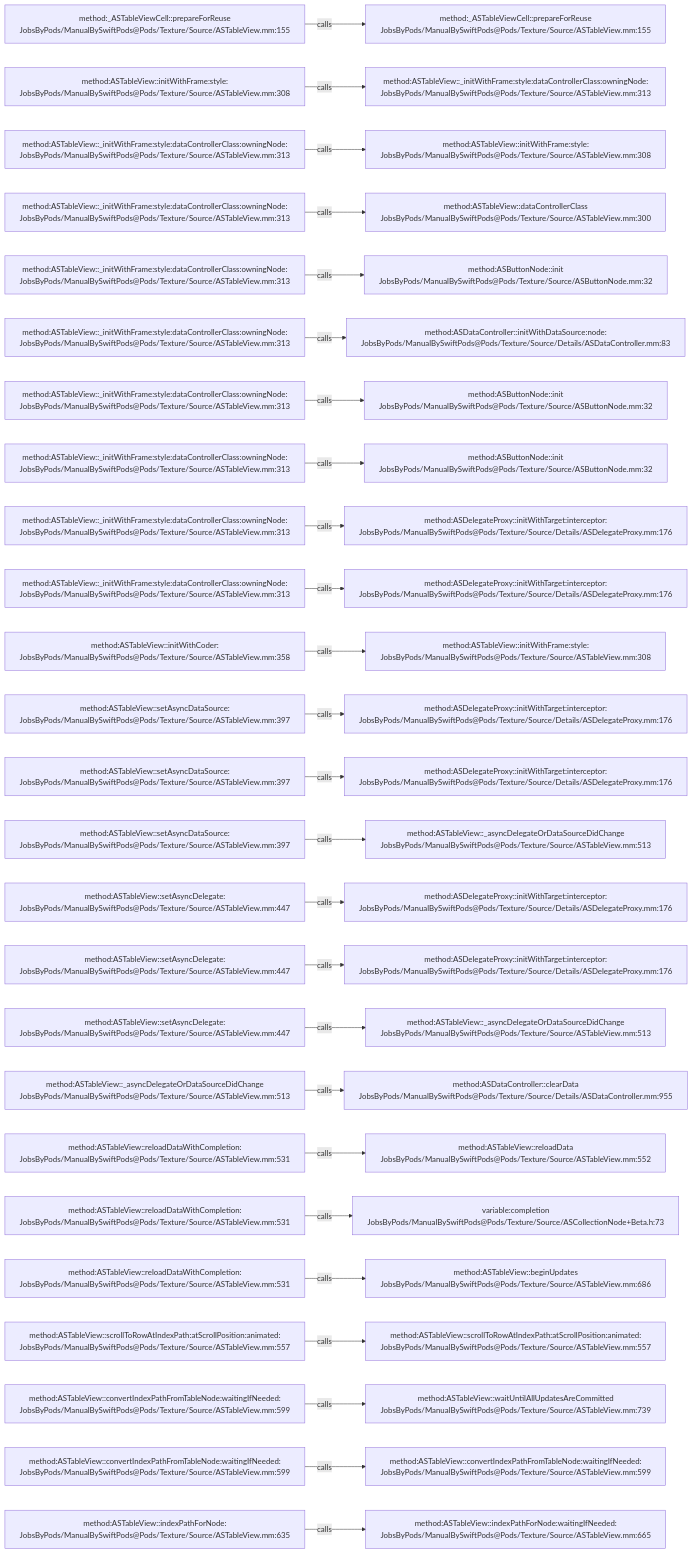
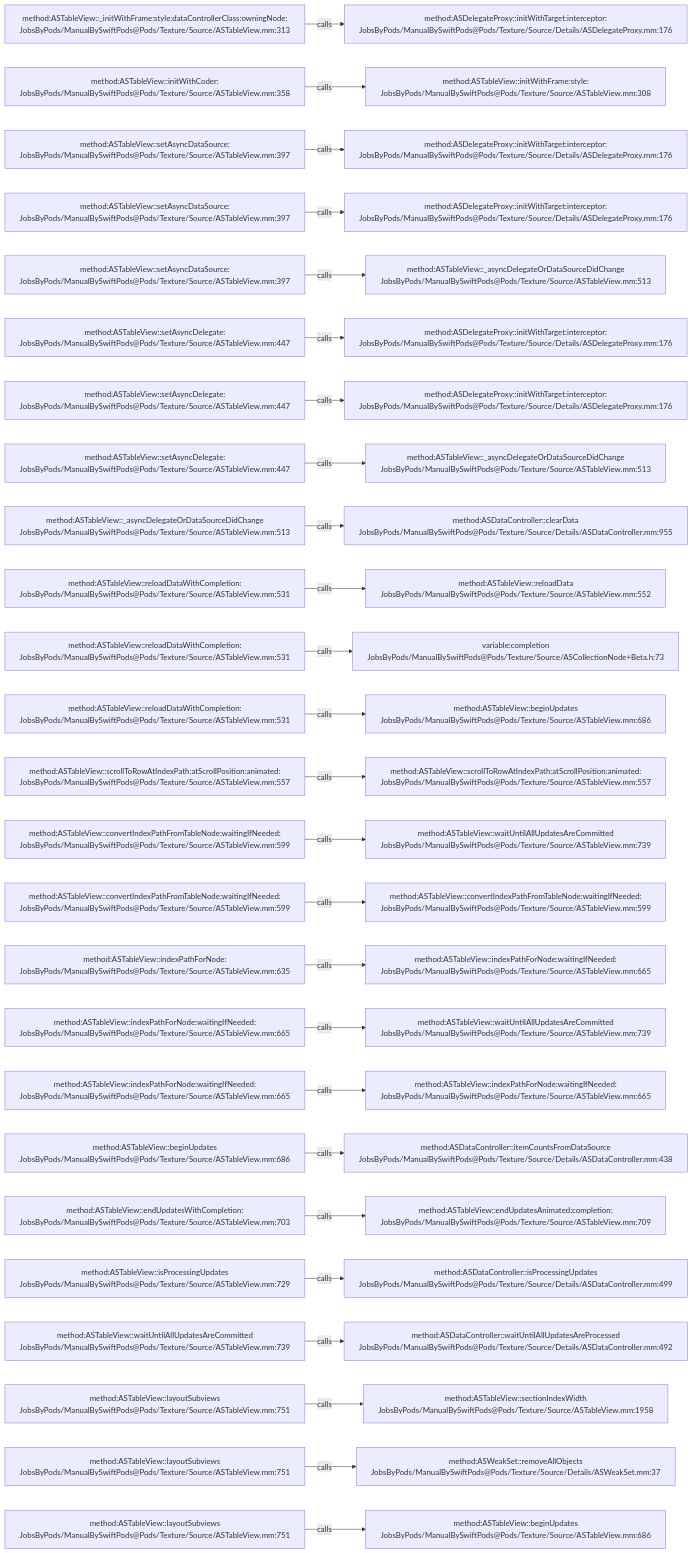
One commit to JobsKits/JobsSwiftBaseConfigDemo changed the diagram in .codegraph/codegraph.md/graphs/calls-059.md. Above: the diagram before and after it, drawn with Mermaid. The commit also changed 707 other files, not shown here.

````diff
--- a/.codegraph/codegraph.md/graphs/calls-059.md
+++ b/.codegraph/codegraph.md/graphs/calls-059.md
@@ -13,78 +13,78 @@
 ```mermaid
 flowchart LR
-  S1["method:_ASTableViewCell::prepareForReuse<br/>JobsByPods/ManualBySwiftPods@Pods/Texture/Source/ASTableView.mm:155"]
-  T1["method:_ASTableViewCell::prepareForReuse<br/>JobsByPods/ManualBySwiftPods@Pods/Texture/Source/ASTableView.mm:155"]
+  S1["method:ASTableView::_initWithFrame:style:dataControllerClass:owningNode:<br/>JobsByPods/ManualBySwiftPods@Pods/Texture/Source/ASTableView.mm:313"]
+  T1["method:ASDelegateProxy::initWithTarget:interceptor:<br/>JobsByPods/ManualBySwiftPods@Pods/Texture/Source/Details/ASDelegateProxy.mm:176"]
   S1 -->|calls| T1
-  S2["method:ASTableView::initWithFrame:style:<br/>JobsByPods/ManualBySwiftPods@Pods/Texture/Source/ASTableView.mm:308"]
-  T2["method:ASTableView::_initWithFrame:style:dataControllerClass:owningNode:<br/>JobsByPods/ManualBySwiftPods@Pods/Texture/Source/ASTableView.mm:313"]
+  S2["method:ASTableView::initWithCoder:<br/>JobsByPods/ManualBySwiftPods@Pods/Texture/Source/ASTableView.mm:358"]
+  T2["method:ASTableView::initWithFrame:style:<br/>JobsByPods/ManualBySwiftPods@Pods/Texture/Source/ASTableView.mm:308"]
   S2 -->|calls| T2
-  S3["method:ASTableView::_initWithFrame:style:dataControllerClass:owningNode:<br/>JobsByPods/ManualBySwiftPods@Pods/Texture/Source/ASTableView.mm:313"]
-  T3["method:ASTableView::initWithFrame:style:<br/>JobsByPods/ManualBySwiftPods@Pods/Texture/Source/ASTableView.mm:308"]
+  S3["method:ASTableView::setAsyncDataSource:<br/>JobsByPods/ManualBySwiftPods@Pods/Texture/Source/ASTableView.mm:397"]
+  T3["method:ASDelegateProxy::initWithTarget:interceptor:<br/>JobsByPods/ManualBySwiftPods@Pods/Texture/Source/Details/ASDelegateProxy.mm:176"]
   S3 -->|calls| T3
-  S4["method:ASTableView::_initWithFrame:style:dataControllerClass:owningNode:<br/>JobsByPods/ManualBySwiftPods@Pods/Texture/Source/ASTableView.mm:313"]
-  T4["method:ASTableView::dataControllerClass<br/>JobsByPods/ManualBySwiftPods@Pods/Texture/Source/ASTableView.mm:300"]
+  S4["method:ASTableView::setAsyncDataSource:<br/>JobsByPods/ManualBySwiftPods@Pods/Texture/Source/ASTableView.mm:397"]
+  T4["method:ASDelegateProxy::initWithTarget:interceptor:<br/>JobsByPods/ManualBySwiftPods@Pods/Texture/Source/Details/ASDelegateProxy.mm:176"]
   S4 -->|calls| T4
-  S5["method:ASTableView::_initWithFrame:style:dataControllerClass:owningNode:<br/>JobsByPods/ManualBySwiftPods@Pods/Texture/Source/ASTableView.mm:313"]
-  T5["method:ASButtonNode::init<br/>JobsByPods/ManualBySwiftPods@Pods/Texture/Source/ASButtonNode.mm:32"]
+  S5["method:ASTableView::setAsyncDataSource:<br/>JobsByPods/ManualBySwiftPods@Pods/Texture/Source/ASTableView.mm:397"]
+  T5["method:ASTableView::_asyncDelegateOrDataSourceDidChange<br/>JobsByPods/ManualBySwiftPods@Pods/Texture/Source/ASTableView.mm:513"]
   S5 -->|calls| T5
-  S6["method:ASTableView::_initWithFrame:style:dataControllerClass:owningNode:<br/>JobsByPods/ManualBySwiftPods@Pods/Texture/Source/ASTableView.mm:313"]
-  T6["method:ASDataController::initWithDataSource:node:<br/>JobsByPods/ManualBySwiftPods@Pods/Texture/Source/Details/ASDataController.mm:83"]
+  S6["method:ASTableView::setAsyncDelegate:<br/>JobsByPods/ManualBySwiftPods@Pods/Texture/Source/ASTableView.mm:447"]
+  T6["method:ASDelegateProxy::initWithTarget:interceptor:<br/>JobsByPods/ManualBySwiftPods@Pods/Texture/Source/Details/ASDelegateProxy.mm:176"]
   S6 -->|calls| T6
-  S7["method:ASTableView::_initWithFrame:style:dataControllerClass:owningNode:<br/>JobsByPods/ManualBySwiftPods@Pods/Texture/Source/ASTableView.mm:313"]
-  T7["method:ASButtonNode::init<br/>JobsByPods/ManualBySwiftPods@Pods/Texture/Source/ASButtonNode.mm:32"]
+  S7["method:ASTableView::setAsyncDelegate:<br/>JobsByPods/ManualBySwiftPods@Pods/Texture/Source/ASTableView.mm:447"]
+  T7["method:ASDelegateProxy::initWithTarget:interceptor:<br/>JobsByPods/ManualBySwiftPods@Pods/Texture/Source/Details/ASDelegateProxy.mm:176"]
   S7 -->|calls| T7
-  S8["method:ASTableView::_initWithFrame:style:dataControllerClass:owningNode:<br/>JobsByPods/ManualBySwiftPods@Pods/Texture/Source/ASTableView.mm:313"]
-  T8["method:ASButtonNode::init<br/>JobsByPods/ManualBySwiftPods@Pods/Texture/Source/ASButtonNode.mm:32"]
+  S8["method:ASTableView::setAsyncDelegate:<br/>JobsByPods/ManualBySwiftPods@Pods/Texture/Source/ASTableView.mm:447"]
+  T8["method:ASTableView::_asyncDelegateOrDataSourceDidChange<br/>JobsByPods/ManualBySwiftPods@Pods/Texture/Source/ASTableView.mm:513"]
   S8 -->|calls| T8
-  S9["method:ASTableView::_initWithFrame:style:dataControllerClass:owningNode:<br/>JobsByPods/ManualBySwiftPods@Pods/Texture/Source/ASTableView.mm:313"]
-  T9["method:ASDelegateProxy::initWithTarget:interceptor:<br/>JobsByPods/ManualBySwiftPods@Pods/Texture/Source/Details/ASDelegateProxy.mm:176"]
+  S9["method:ASTableView::_asyncDelegateOrDataSourceDidChange<br/>JobsByPods/ManualBySwiftPods@Pods/Texture/Source/ASTableView.mm:513"]
+  T9["method:ASDataController::clearData<br/>JobsByPods/ManualBySwiftPods@Pods/Texture/Source/Details/ASDataController.mm:955"]
   S9 -->|calls| T9
-  S10["method:ASTableView::_initWithFrame:style:dataControllerClass:owningNode:<br/>JobsByPods/ManualBySwiftPods@Pods/Texture/Source/ASTableView.mm:313"]
-  T10["method:ASDelegateProxy::initWithTarget:interceptor:<br/>JobsByPods/ManualBySwiftPods@Pods/Texture/Source/Details/ASDelegateProxy.mm:176"]
+  S10["method:ASTableView::reloadDataWithCompletion:<br/>JobsByPods/ManualBySwiftPods@Pods/Texture/Source/ASTableView.mm:531"]
+  T10["method:ASTableView::reloadData<br/>JobsByPods/ManualBySwiftPods@Pods/Texture/Source/ASTableView.mm:552"]
   S10 -->|calls| T10
-  S11["method:ASTableView::initWithCoder:<br/>JobsByPods/ManualBySwiftPods@Pods/Texture/Source/ASTableView.mm:358"]
-  T11["method:ASTableView::initWithFrame:style:<br/>JobsByPods/ManualBySwiftPods@Pods/Texture/Source/ASTableView.mm:308"]
+  S11["method:ASTableView::reloadDataWithCompletion:<br/>JobsByPods/ManualBySwiftPods@Pods/Texture/Source/ASTableView.mm:531"]
+  T11["variable:completion<br/>JobsByPods/ManualBySwiftPods@Pods/Texture/Source/ASCollectionNode+Beta.h:73"]
   S11 -->|calls| T11
-  S12["method:ASTableView::setAsyncDataSource:<br/>JobsByPods/ManualBySwiftPods@Pods/Texture/Source/ASTableView.mm:397"]
-  T12["method:ASDelegateProxy::initWithTarget:interceptor:<br/>JobsByPods/ManualBySwiftPods@Pods/Texture/Source/Details/ASDelegateProxy.mm:176"]
+  S12["method:ASTableView::reloadDataWithCompletion:<br/>JobsByPods/ManualBySwiftPods@Pods/Texture/Source/ASTableView.mm:531"]
+  T12["method:ASTableView::beginUpdates<br/>JobsByPods/ManualBySwiftPods@Pods/Texture/Source/ASTableView.mm:686"]
   S12 -->|calls| T12
-  S13["method:ASTableView::setAsyncDataSource:<br/>JobsByPods/ManualBySwiftPods@Pods/Texture/Source/ASTableView.mm:397"]
-  T13["method:ASDelegateProxy::initWithTarget:interceptor:<br/>JobsByPods/ManualBySwiftPods@Pods/Texture/Source/Details/ASDelegateProxy.mm:176"]
+  S13["method:ASTableView::scrollToRowAtIndexPath:atScrollPosition:animated:<br/>JobsByPods/ManualBySwiftPods@Pods/Texture/Source/ASTableView.mm:557"]
+  T13["method:ASTableView::scrollToRowAtIndexPath:atScrollPosition:animated:<br/>JobsByPods/ManualBySwiftPods@Pods/Texture/Source/ASTableView.mm:557"]
   S13 -->|calls| T13
-  S14["method:ASTableView::setAsyncDataSource:<br/>JobsByPods/ManualBySwiftPods@Pods/Texture/Source/ASTableView.mm:397"]
-  T14["method:ASTableView::_asyncDelegateOrDataSourceDidChange<br/>JobsByPods/ManualBySwiftPods@Pods/Texture/Source/ASTableView.mm:513"]
+  S14["method:ASTableView::convertIndexPathFromTableNode:waitingIfNeeded:<br/>JobsByPods/ManualBySwiftPods@Pods/Texture/Source/ASTableView.mm:599"]
+  T14["method:ASTableView::waitUntilAllUpdatesAreCommitted<br/>JobsByPods/ManualBySwiftPods@Pods/Texture/Source/ASTableView.mm:739"]
   S14 -->|calls| T14
-  S15["method:ASTableView::setAsyncDelegate:<br/>JobsByPods/ManualBySwiftPods@Pods/Texture/Source/ASTableView.mm:447"]
-  T15["method:ASDelegateProxy::initWithTarget:interceptor:<br/>JobsByPods/ManualBySwiftPods@Pods/Texture/Source/Details/ASDelegateProxy.mm:176"]
+  S15["method:ASTableView::convertIndexPathFromTableNode:waitingIfNeeded:<br/>JobsByPods/ManualBySwiftPods@Pods/Texture/Source/ASTableView.mm:599"]
+  T15["method:ASTableView::convertIndexPathFromTableNode:waitingIfNeeded:<br/>JobsByPods/ManualBySwiftPods@Pods/Texture/Source/ASTableView.mm:599"]
   S15 -->|calls| T15
-  S16["method:ASTableView::setAsyncDelegate:<br/>JobsByPods/ManualBySwiftPods@Pods/Texture/Source/ASTableView.mm:447"]
-  T16["method:ASDelegateProxy::initWithTarget:interceptor:<br/>JobsByPods/ManualBySwiftPods@Pods/Texture/Source/Details/ASDelegateProxy.mm:176"]
+  S16["method:ASTableView::indexPathForNode:<br/>JobsByPods/ManualBySwiftPods@Pods/Texture/Source/ASTableView.mm:635"]
+  T16["method:ASTableView::indexPathForNode:waitingIfNeeded:<br/>JobsByPods/ManualBySwiftPods@Pods/Texture/Source/ASTableView.mm:665"]
   S16 -->|calls| T16
-  S17["method:ASTableView::setAsyncDelegate:<br/>JobsByPods/ManualBySwiftPods@Pods/Texture/Source/ASTableView.mm:447"]
-  T17["method:ASTableView::_asyncDelegateOrDataSourceDidChange<br/>JobsByPods/ManualBySwiftPods@Pods/Texture/Source/ASTableView.mm:513"]
+  S17["method:ASTableView::indexPathForNode:waitingIfNeeded:<br/>JobsByPods/ManualBySwiftPods@Pods/Texture/Source/ASTableView.mm:665"]
+  T17["method:ASTableView::waitUntilAllUpdatesAreCommitted<br/>JobsByPods/ManualBySwiftPods@Pods/Texture/Source/ASTableView.mm:739"]
   S17 -->|calls| T17
-  S18["method:ASTableView::_asyncDelegateOrDataSourceDidChange<br/>JobsByPods/ManualBySwiftPods@Pods/Texture/Source/ASTableView.mm:513"]
-  T18["method:ASDataController::clearData<br/>JobsByPods/ManualBySwiftPods@Pods/Texture/Source/Details/ASDataController.mm:955"]
+  S18["method:ASTableView::indexPathForNode:waitingIfNeeded:<br/>JobsByPods/ManualBySwiftPods@Pods/Texture/Source/ASTableView.mm:665"]
+  T18["method:ASTableView::indexPathForNode:waitingIfNeeded:<br/>JobsByPods/ManualBySwiftPods@Pods/Texture/Source/ASTableView.mm:665"]
   S18 -->|calls| T18
-  S19["method:ASTableView::reloadDataWithCompletion:<br/>JobsByPods/ManualBySwiftPods@Pods/Texture/Source/ASTableView.mm:531"]
-  T19["method:ASTableView::reloadData<br/>JobsByPods/ManualBySwiftPods@Pods/Texture/Source/ASTableView.mm:552"]
+  S19["method:ASTableView::beginUpdates<br/>JobsByPods/ManualBySwiftPods@Pods/Texture/Source/ASTableView.mm:686"]
+  T19["method:ASDataController::itemCountsFromDataSource<br/>JobsByPods/ManualBySwiftPods@Pods/Texture/Source/Details/ASDataController.mm:438"]
   S19 -->|calls| T19
-  S20["method:ASTableView::reloadDataWithCompletion:<br/>JobsByPods/ManualBySwiftPods@Pods/Texture/Source/ASTableView.mm:531"]
-  T20["variable:completion<br/>JobsByPods/ManualBySwiftPods@Pods/Texture/Source/ASCollectionNode+Beta.h:73"]
+  S20["method:ASTableView::endUpdatesWithCompletion:<br/>JobsByPods/ManualBySwiftPods@Pods/Texture/Source/ASTableView.mm:703"]
+  T20["method:ASTableView::endUpdatesAnimated:completion:<br/>JobsByPods/ManualBySwiftPods@Pods/Texture/Source/ASTableView.mm:709"]
   S20 -->|calls| T20
-  S21["method:ASTableView::reloadDataWithCompletion:<br/>JobsByPods/ManualBySwiftPods@Pods/Texture/Source/ASTableView.mm:531"]
-  T21["method:ASTableView::beginUpdates<br/>JobsByPods/ManualBySwiftPods@Pods/Texture/Source/ASTableView.mm:686"]
+  S21["method:ASTableView::isProcessingUpdates<br/>JobsByPods/ManualBySwiftPods@Pods/Texture/Source/ASTableView.mm:729"]
+  T21["method:ASDataController::isProcessingUpdates<br/>JobsByPods/ManualBySwiftPods@Pods/Texture/Source/Details/ASDataController.mm:499"]
   S21 -->|calls| T21
-  S22["method:ASTableView::scrollToRowAtIndexPath:atScrollPosition:animated:<br/>JobsByPods/ManualBySwiftPods@Pods/Texture/Source/ASTableView.mm:557"]
-  T22["method:ASTableView::scrollToRowAtIndexPath:atScrollPosition:animated:<br/>JobsByPods/ManualBySwiftPods@Pods/Texture/Source/ASTableView.mm:557"]
+  S22["method:ASTableView::waitUntilAllUpdatesAreCommitted<br/>JobsByPods/ManualBySwiftPods@Pods/Texture/Source/ASTableView.mm:739"]
+  T22["method:ASDataController::waitUntilAllUpdatesAreProcessed<br/>JobsByPods/ManualBySwiftPods@Pods/Texture/Source/Details/ASDataController.mm:492"]
   S22 -->|calls| T22
-  S23["method:ASTableView::convertIndexPathFromTableNode:waitingIfNeeded:<br/>JobsByPods/ManualBySwiftPods@Pods/Texture/Source/ASTableView.mm:599"]
-  T23["method:ASTableView::waitUntilAllUpdatesAreCommitted<br/>JobsByPods/ManualBySwiftPods@Pods/Texture/Source/ASTableView.mm:739"]
+  S23["method:ASTableView::layoutSubviews<br/>JobsByPods/ManualBySwiftPods@Pods/Texture/Source/ASTableView.mm:751"]
+  T23["method:ASTableView::sectionIndexWidth<br/>JobsByPods/ManualBySwiftPods@Pods/Texture/Source/ASTableView.mm:1958"]
   S23 -->|calls| T23
-  S24["method:ASTableView::convertIndexPathFromTableNode:waitingIfNeeded:<br/>JobsByPods/ManualBySwiftPods@Pods/Texture/Source/ASTableView.mm:599"]
-  T24["method:ASTableView::convertIndexPathFromTableNode:waitingIfNeeded:<br/>JobsByPods/ManualBySwiftPods@Pods/Texture/Source/ASTableView.mm:599"]
+  S24["method:ASTableView::layoutSubviews<br/>JobsByPods/ManualBySwiftPods@Pods/Texture/Source/ASTableView.mm:751"]
+  T24["method:ASWeakSet::removeAllObjects<br/>JobsByPods/ManualBySwiftPods@Pods/Texture/Source/Details/ASWeakSet.mm:37"]
   S24 -->|calls| T24
-  S25["method:ASTableView::indexPathForNode:<br/>JobsByPods/ManualBySwiftPods@Pods/Texture/Source/ASTableView.mm:635"]
-  T25["method:ASTableView::indexPathForNode:waitingIfNeeded:<br/>JobsByPods/ManualBySwiftPods@Pods/Texture/Source/ASTableView.mm:665"]
+  S25["method:ASTableView::layoutSubviews<br/>JobsByPods/ManualBySwiftPods@Pods/Texture/Source/ASTableView.mm:751"]
+  T25["method:ASTableView::beginUpdates<br/>JobsByPods/ManualBySwiftPods@Pods/Texture/Source/ASTableView.mm:686"]
   S25 -->|calls| T25
 ```
````
